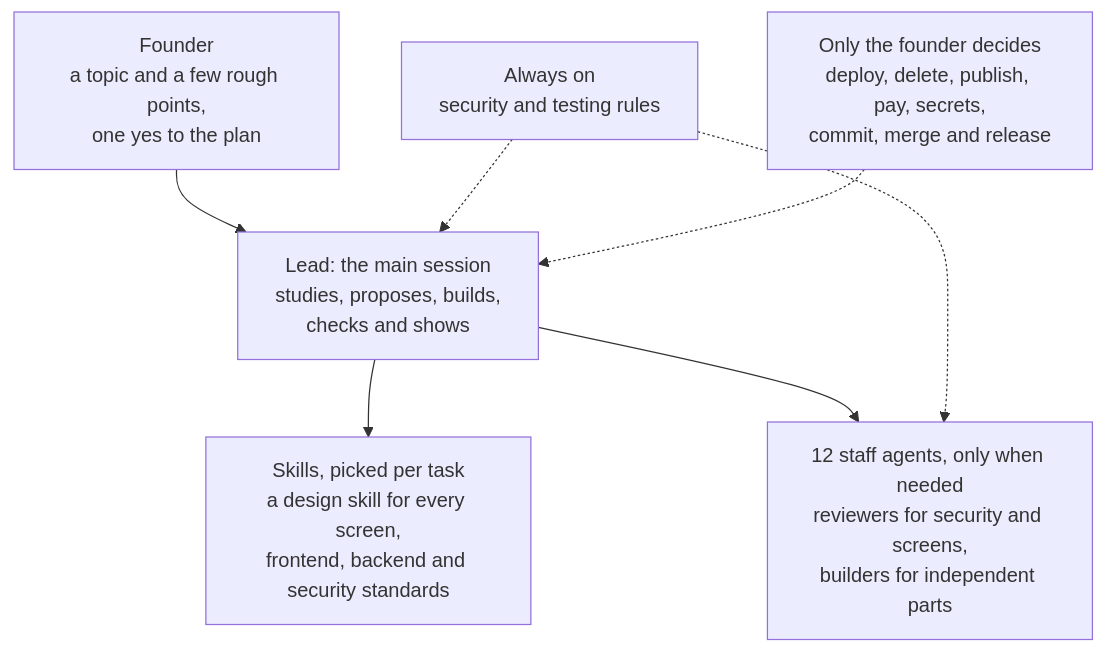
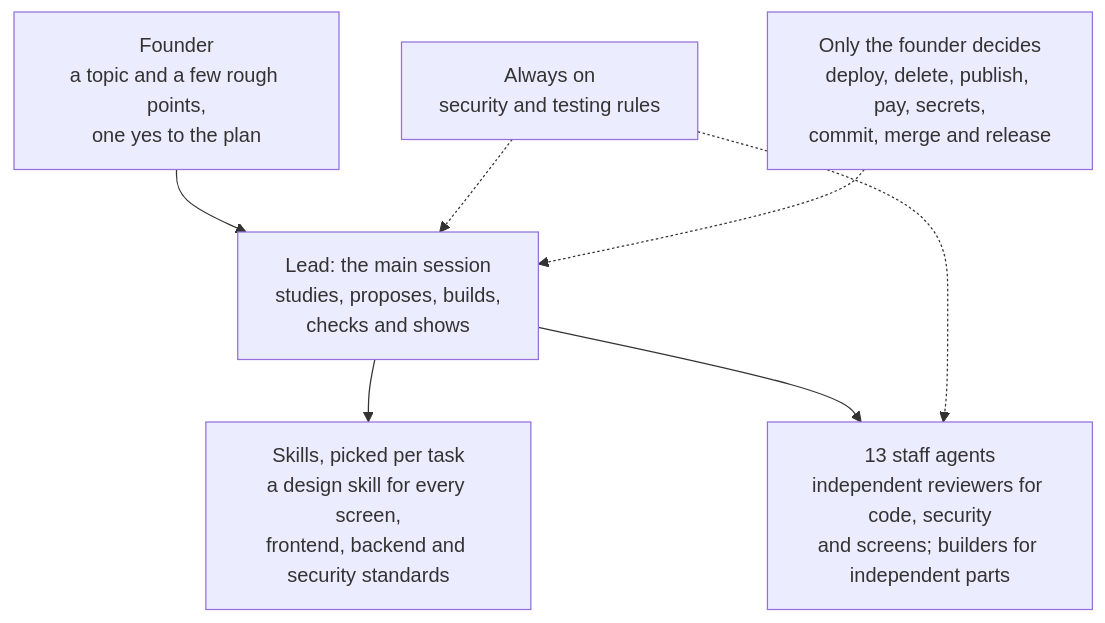
Before and after one commit to LeongJinZhou/ai-company: the first of 3 diagrams in README.md, drawn with Mermaid. The commit also changed other lines of this file and 7 other files, not shown here.

````diff
--- a/README.md
+++ b/README.md
@@ -10,9 +10,9 @@
 ```mermaid
 flowchart TD
     F["Founder<br>a topic and a few rough points,<br>one yes to the plan"] --> L["Lead: the main session<br>studies, proposes, builds,<br>checks and shows"]
     L --> S["Skills, picked per task<br>a design skill for every screen,<br>frontend, backend and security standards"]
-    L --> W["12 staff agents, only when needed<br>reviewers for security and screens,<br>builders for independent parts"]
+    L --> W["13 staff agents<br>independent reviewers for code, security<br>and screens; builders for independent parts"]
     R["Always on<br>security and testing rules"] -.-> L
     R -.-> W
     D["Only the founder decides<br>deploy, delete, publish, pay, secrets,<br>commit, merge and release"] -.-> L
 ```
````
